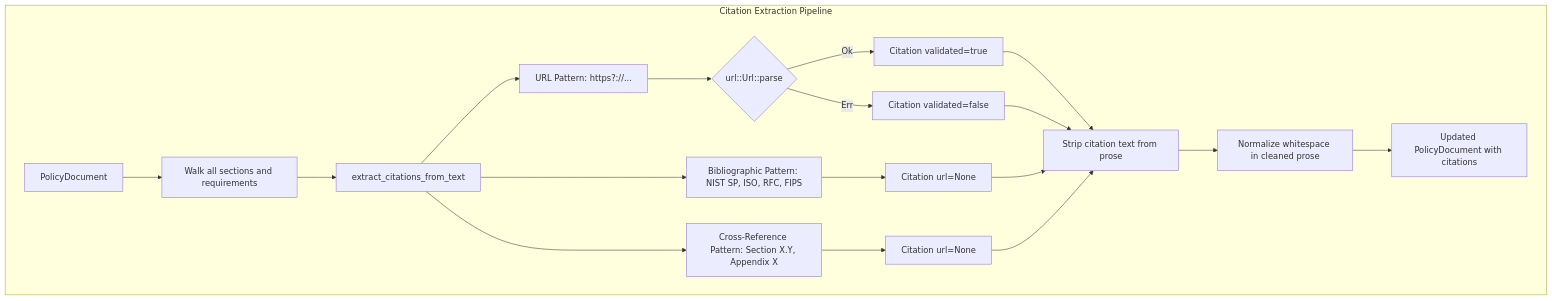
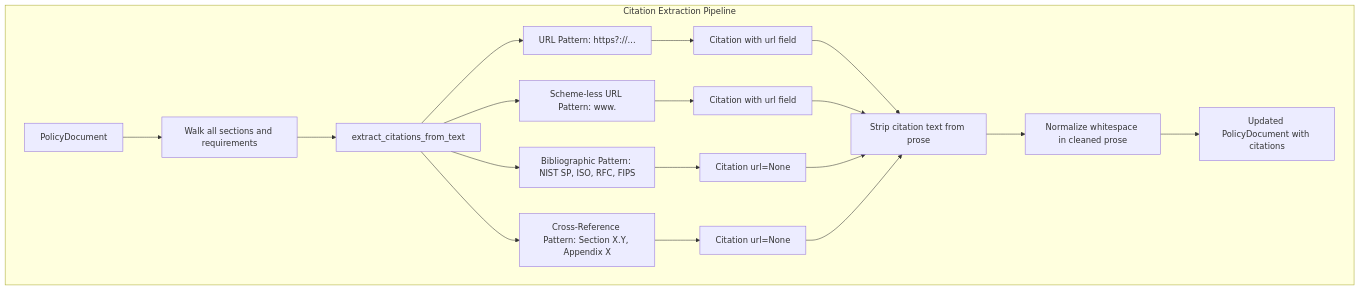
Before and after one commit to policy-forge/forge: the second of 3 diagrams in docs/AR/008-ar-citation-extraction.md, drawn with Mermaid. The commit also changed other lines of this file and 5 other files, not shown here.

````diff
--- a/docs/AR/008-ar-citation-extraction.md
+++ b/docs/AR/008-ar-citation-extraction.md
@@ -234,21 +231,21 @@
 ```mermaid
 graph TD
     subgraph "Citation Extraction Pipeline"
         Input[PolicyDocument] --> Walk[Walk all sections and requirements]
         Walk --> Extract[extract_citations_from_text]
         Extract --> URLRegex[URL Pattern: https?://...]
+        Extract --> SchemeRegex[Scheme-less URL Pattern: www.]
         Extract --> BibRegex[Bibliographic Pattern: NIST SP, ISO, RFC, FIPS]
         Extract --> XRefRegex[Cross-Reference Pattern: Section X.Y, Appendix X]
-        URLRegex --> Validate{url::Url::parse}
-        Validate -->|Ok| ValidCitation[Citation validated=true]
-        Validate -->|Err| InvalidCitation[Citation validated=false]
+        URLRegex --> URLCitation[Citation with url field]
+        SchemeRegex --> SchemeCitation[Citation with url field]
         BibRegex --> BibCitation[Citation url=None]
         XRefRegex --> XRefCitation[Citation url=None]
-        ValidCitation --> Strip[Strip citation text from prose]
-        InvalidCitation --> Strip
+        URLCitation --> Strip[Strip citation text from prose]
+        SchemeCitation --> Strip
         BibCitation --> Strip
         XRefCitation --> Strip
         Strip --> Normalize[Normalize whitespace in cleaned prose]
         Normalize --> Output[Updated PolicyDocument with citations]
     end
 ```
````
